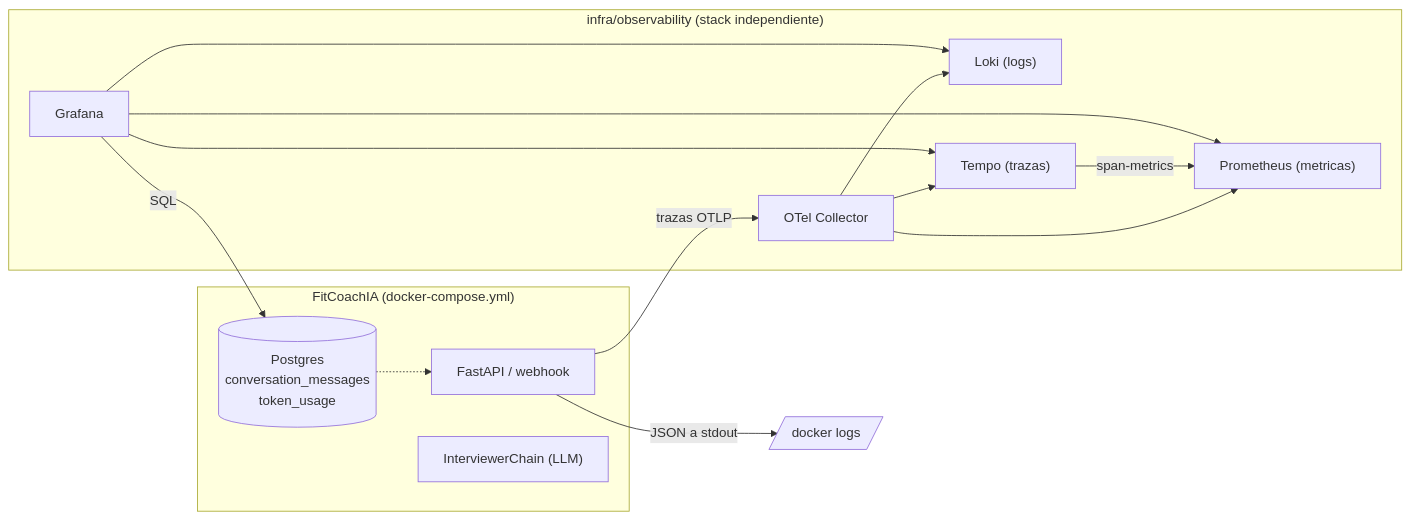
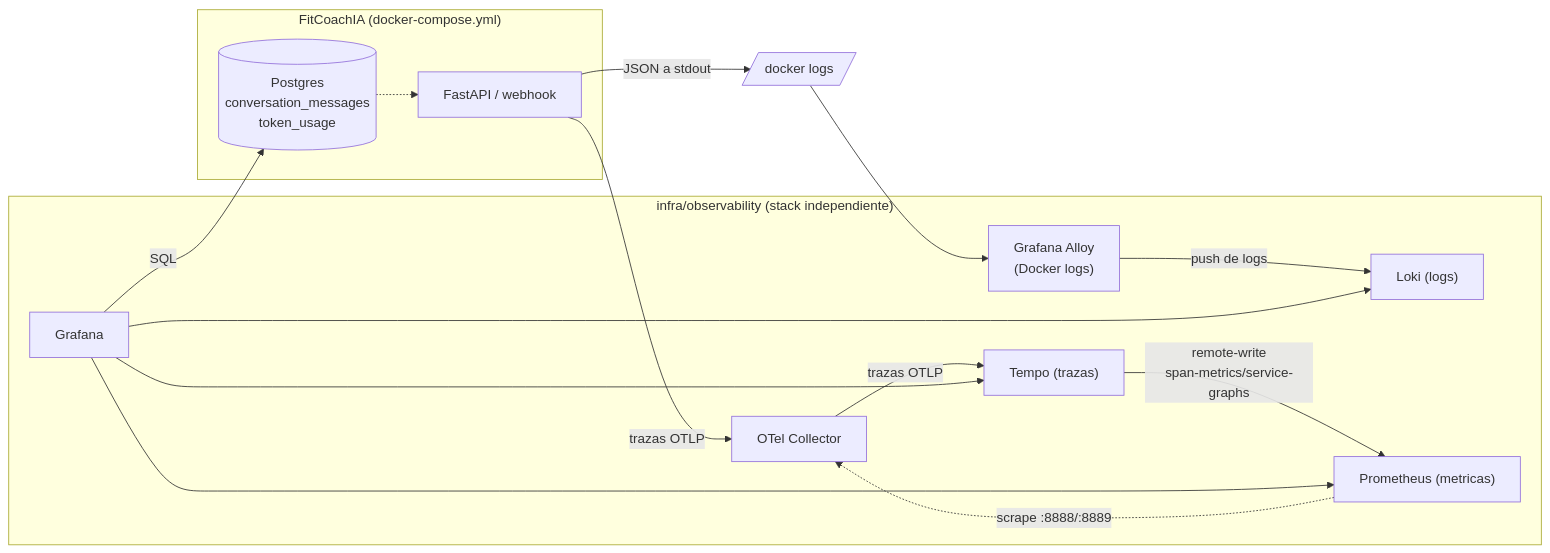
One commit to SorianoTech/FitCoachIA changed the diagram in docs/observabilidad.md. Above: the diagram before and after it, drawn with Mermaid. The commit also changed other lines of this file and 6 other files, not shown here.

````diff
--- a/docs/observabilidad.md
+++ b/docs/observabilidad.md
@@ -15,28 +15,29 @@
 ```mermaid
 flowchart LR
     subgraph App["FitCoachIA (docker-compose.yml)"]
         API["FastAPI / webhook"]
-        LLM["InterviewerChain (LLM)"]
         DB[("Postgres\nconversation_messages\ntoken_usage")]
     end
 
     subgraph Obs["infra/observability (stack independiente)"]
         OTEL["OTel Collector"]
+        ALLOY["Grafana Alloy\n(Docker logs)"]
         LOKI["Loki (logs)"]
         TEMPO["Tempo (trazas)"]
         PROM["Prometheus (metricas)"]
         GRAF["Grafana"]
     end
 
     API -- "JSON a stdout" --> LOGS[/docker logs/]
+    LOGS --> ALLOY
+    ALLOY -- "push de logs" --> LOKI
     API -- "trazas OTLP" --> OTEL
-    OTEL --> LOKI
-    OTEL --> TEMPO
-    OTEL --> PROM
-    TEMPO -- "span-metrics" --> PROM
+    OTEL -- "trazas OTLP" --> TEMPO
+    PROM -. "scrape :8888/:8889" .-> OTEL
+    TEMPO -- "remote-write\nspan-metrics/service-graphs" --> PROM
     GRAF --> LOKI
     GRAF --> TEMPO
     GRAF --> PROM
     GRAF -- "SQL" --> DB
     DB -.-> API
 ```
````
